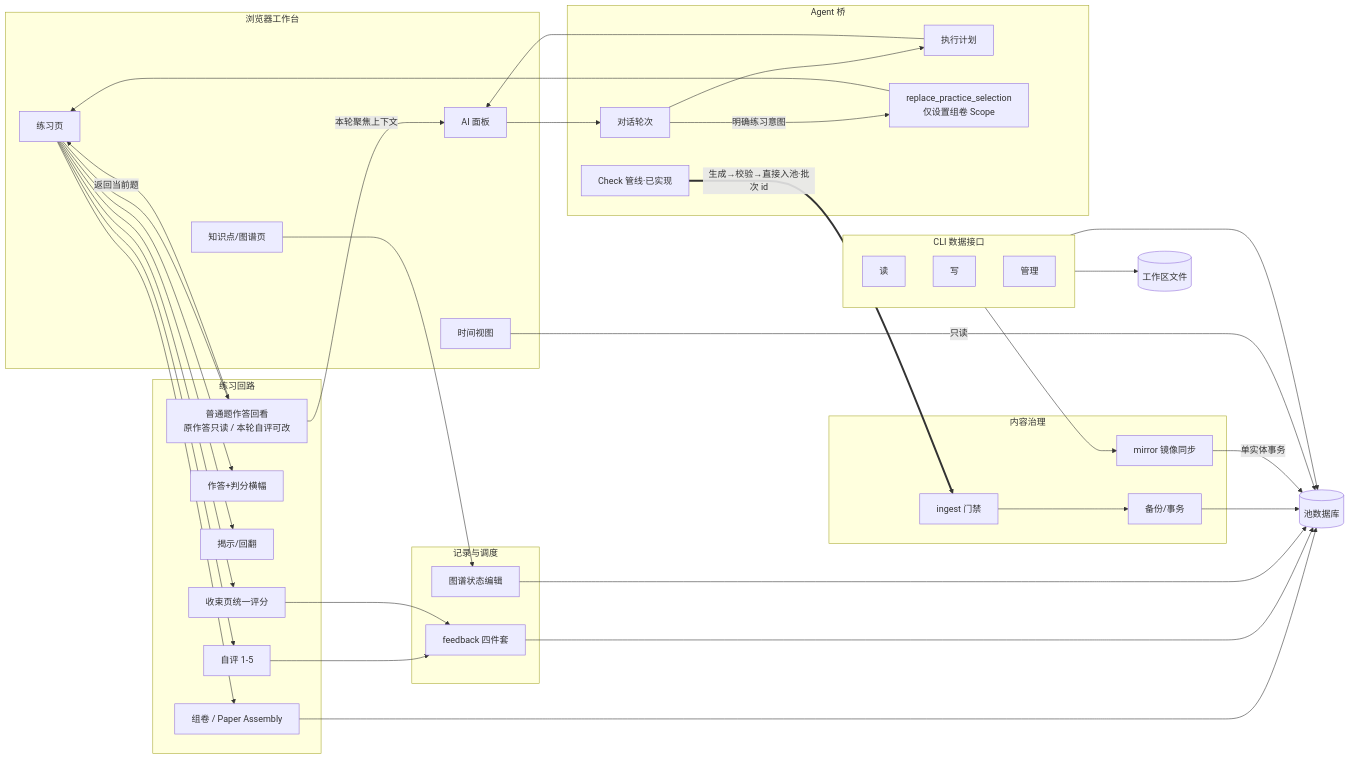
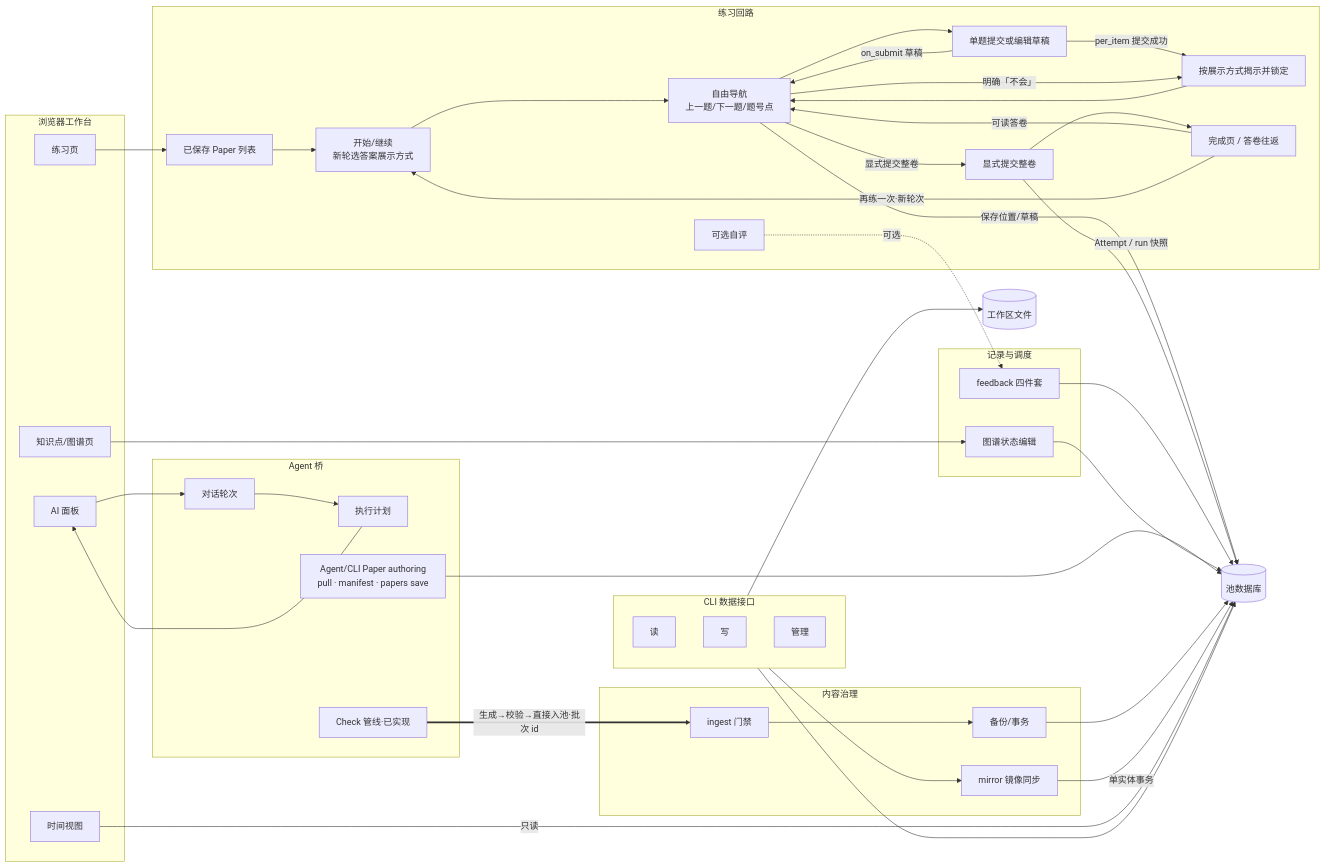
One commit to Amazinnn/Lesson-Kit changed the diagram in docs/ACTION-GRAPH.md. Above: the diagram before and after it, drawn with Mermaid. The commit also changed other lines of this file and 8 other files, not shown here.

Commit message:
docs: reconcile paper practice flows

````diff
--- a/docs/ACTION-GRAPH.md
+++ b/docs/ACTION-GRAPH.md
@@ -49,53 +49,60 @@
 ```mermaid
 flowchart LR
   subgraph UI[浏览器工作台]
     P[练习页]
     K[知识点/图谱页]
     T[时间视图]
     A[AI 面板]
   end
   subgraph LOOP[练习回路]
-    PAPER[组卷 / Paper Assembly]
-    ANS[作答+判分横幅]
-    REV[揭示/回翻]
-    PREV[普通题作答回看<br/>原作答只读 / 本轮自评可改]
-    RATE[自评 1-5]
-    END[收束页统一评分]
+    LIST[已保存 Paper 列表]
+    START[开始/继续<br/>新轮选答案展示方式]
+    NAV[自由导航<br/>上一题/下一题/题号点]
+    ANS[单题提交或编辑草稿]
+    REVEAL[按展示方式揭示并锁定]
+    END[显式提交整卷]
+    DONE[完成页 / 答卷往返]
+    RATE[可选自评]
   end
   subgraph REC[记录与调度]
     FB[feedback 四件套]
     GSTATE[图谱状态编辑]
   end
   subgraph GOV[内容治理]
     ING[ingest 门禁]
     BK[备份/事务]
     MIR[mirror 镜像同步]
   end
   subgraph BR[Agent 桥]
     CONV[对话轮次]
     PLAN[执行计划]
-    SCOPE[replace_practice_selection<br/>仅设置组卷 Scope]
+    AUTHOR[Agent/CLI Paper authoring<br/>pull · manifest · papers save]
     CHK[Check 管线·已实现]
   end
   subgraph CLI[CLI 数据接口]
     Q[读]
     W[写]
     ADM[管理]
   end
   DB[(池数据库)]
   FS[(工作区文件)]
 
-  P --> PAPER & ANS & REV & PREV & RATE & END
-  PREV -->|返回当前题| P
-  PREV -->|本轮聚焦上下文| A
-  PAPER --> DB
-  RATE & END --> FB --> DB
+  P --> LIST --> START --> NAV --> ANS
+  NAV -->|保存位置/草稿| DB
+  ANS -->|per_item 提交成功| REVEAL --> NAV
+  ANS -->|on_submit 草稿| NAV
+  NAV -->|明确「不会」| REVEAL
+  NAV -->|显式提交整卷| END --> DONE
+  END -->|Attempt / run 快照| DB
+  DONE -->|可读答卷| NAV
+  DONE -->|再练一次·新轮次| START
+  RATE -.可选.-> FB --> DB
+  AUTHOR --> DB
   K --> GSTATE --> DB
   A --> CONV
   CONV --> PLAN --> A
-  CONV -->|明确练习意图| SCOPE --> P
   CHK ==>|生成→校验→直接入池·批次 id| ING --> BK --> DB
   CLI --> MIR -->|单实体事务| DB
   CLI --> DB & FS
   T -->|只读| DB
 ```
````
